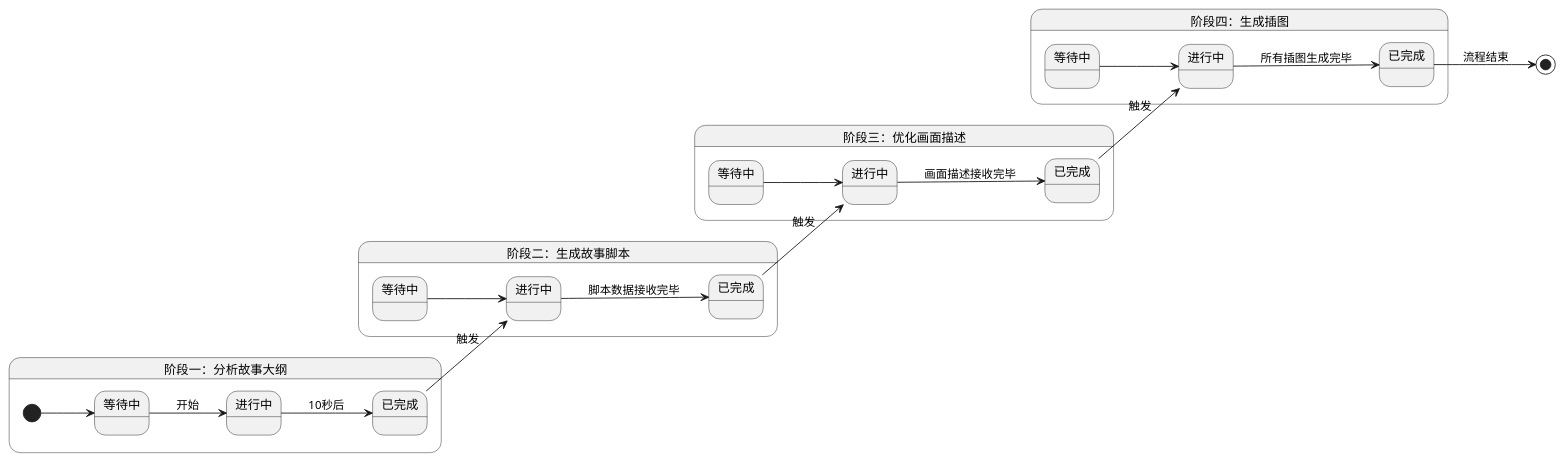
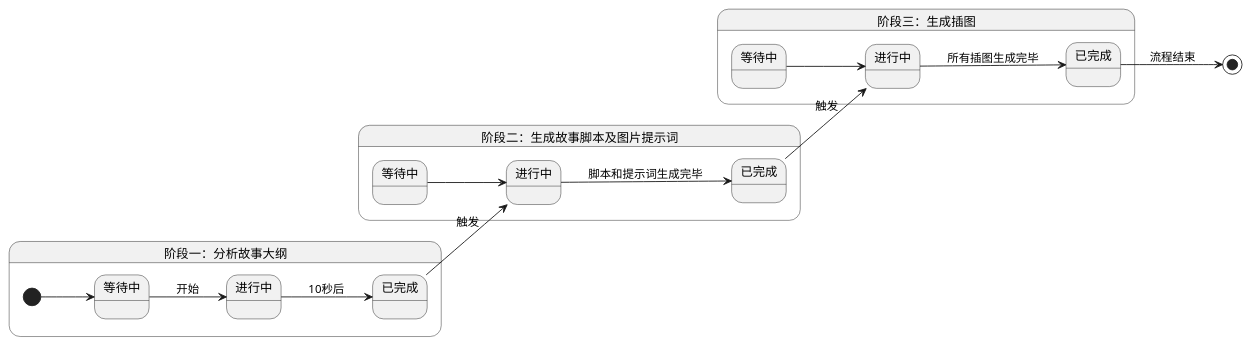
Before and after one commit to songwb89/Storybooks: the third of 4 diagrams in AI绘本功能需求文档.md, drawn with PlantUML. The commit also changed other lines of this file and 4 other files, not shown here.

````diff
--- a/AI绘本功能需求文档.md
+++ b/AI绘本功能需求文档.md
@@ -263,45 +264,35 @@
     ```plantuml
     @startuml
     state "阶段一：分析故事大纲" as S1 {
       left to right direction
       state "等待中" as W1
       state "进行中" as R1
       state "已完成" as D1
       [*] --> W1
       W1 --> R1 : 开始
       R1 --> D1 : 10秒后
     }
 
-    state "阶段二：生成故事脚本" as S2 {
+    state "阶段二：生成故事脚本及图片提示词" as S2 {
       left to right direction
       state "等待中" as W2
       state "进行中" as R2
       state "已完成" as D2
       W2 --> R2
-      R2 --> D2 : 脚本数据接收完毕
+      R2 --> D2 : 脚本和提示词生成完毕
     }
 
-    state "阶段三：优化画面描述" as S3 {
+    state "阶段三：生成插图" as S3 {
       left to right direction
       state "等待中" as W3
       state "进行中" as R3
       state "已完成" as D3
       W3 --> R3
-      R3 --> D3 : 画面描述接收完毕
-    }
-
-    state "阶段四：生成插图" as S4 {
-      left to right direction
-      state "等待中" as W4
-      state "进行中" as R4
-      state "已完成" as D4
-      W4 --> R4
-      R4 --> D4 : 所有插图生成完毕
+      R3 --> D3 : 所有插图生成完毕
     }
 
     D1 --> R2 : 触发
     D2 --> R3 : 触发
-    D3 --> R4 : 触发
-    D4 --> [*] : 流程结束
+    D3 --> [*] : 流程结束
     @enduml
     ```
````
